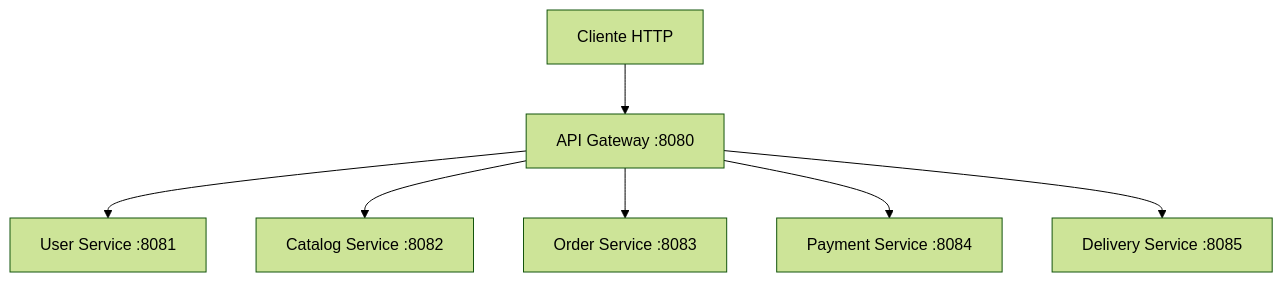
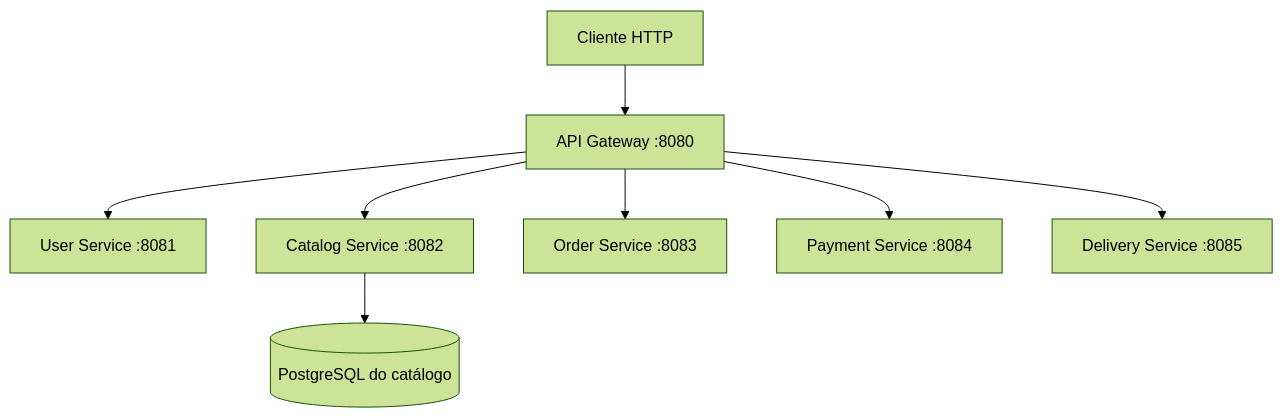
The first of 2 diagrams in docs/architecture.md (victhor-santos/ai-delivery-platform), drawn with Mermaid (forest theme) before and after one commit. The commit also changed other lines of this file and 16 other files, not shown here.

First line of the commit message:
feat: add restaurant registration and queries with PostgreSQL (#6)

````diff
--- a/docs/architecture.md
+++ b/docs/architecture.md
@@ -7,9 +9,10 @@
 ```mermaid
 flowchart TD
     Client[Cliente HTTP] --> Gateway[API Gateway :8080]
     Gateway --> Users[User Service :8081]
     Gateway --> Catalog[Catalog Service :8082]
     Gateway --> Orders[Order Service :8083]
     Gateway --> Payments[Payment Service :8084]
     Gateway --> Deliveries[Delivery Service :8085]
+    Catalog --> CatalogDB[(PostgreSQL do catálogo)]
 ```
````
